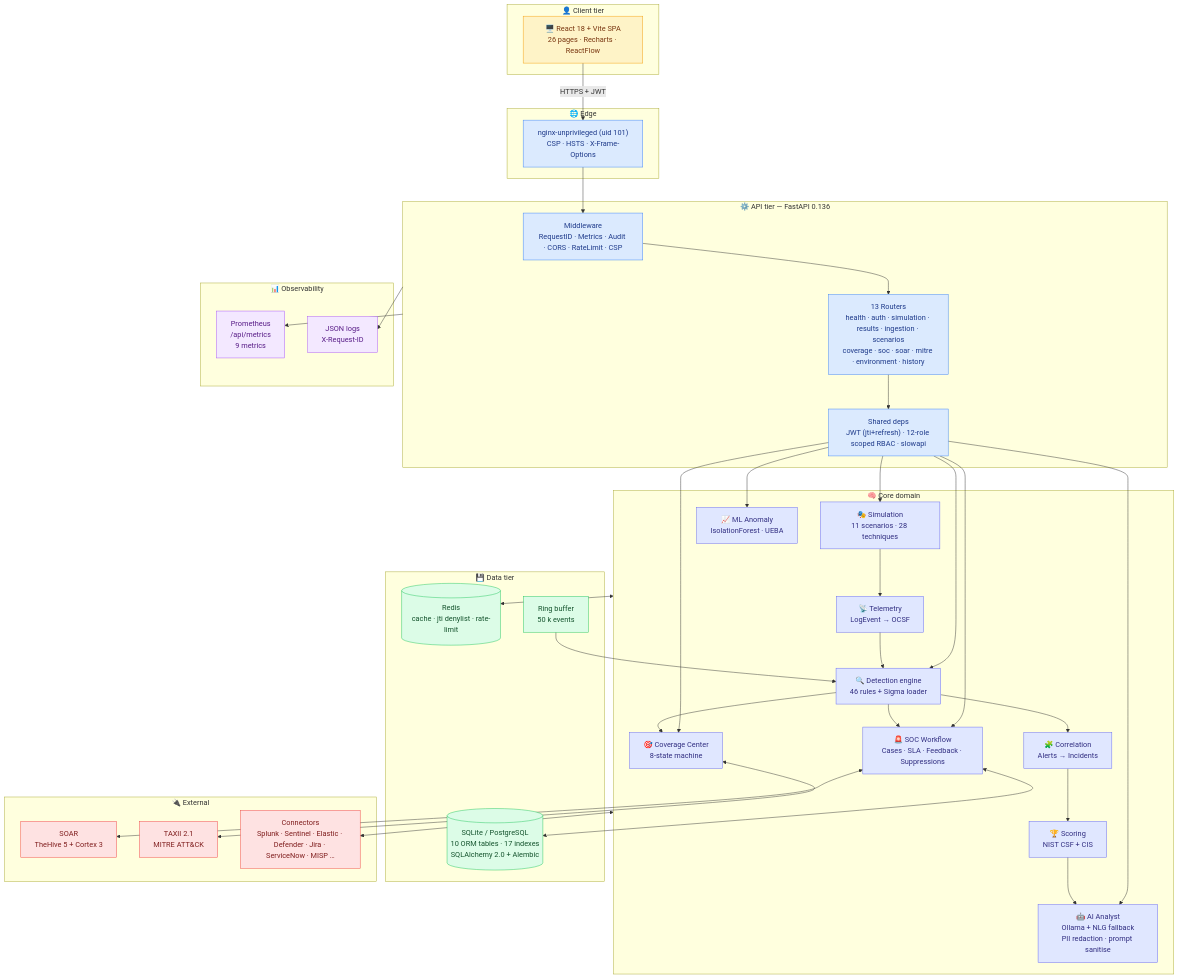
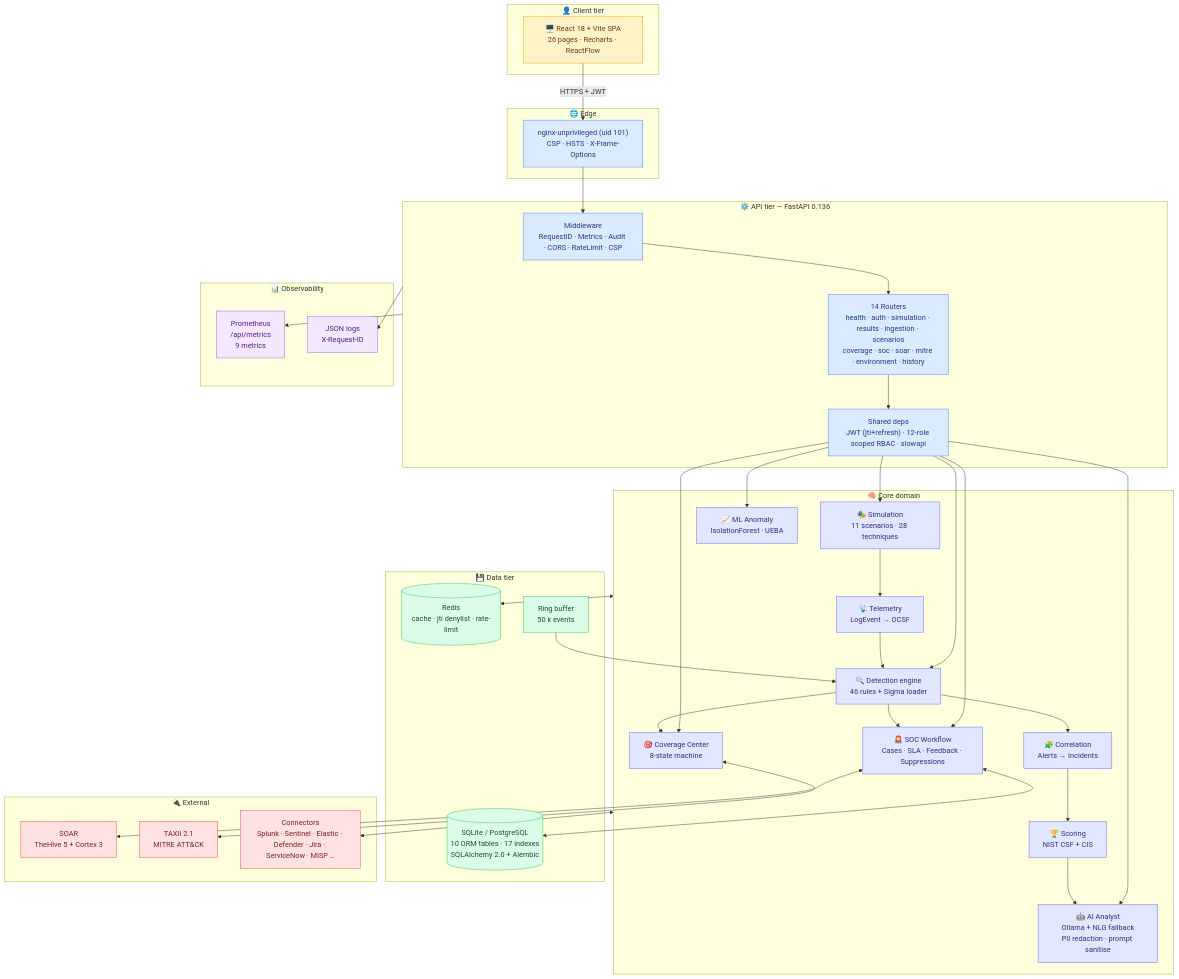
Before and after one commit to omarbabba779xx/CyberTwin-SOC: the fourth of 19 diagrams in README.md, drawn with Mermaid. The commit also changed other lines of this file and 1 other file, not shown here.

````diff
--- a/README.md
+++ b/README.md
@@ -266,72 +275,72 @@
 ```mermaid
 flowchart TB
     subgraph Client["👤 Client tier"]
         UI["🖥️ React 18 + Vite SPA<br/>26 pages · Recharts · ReactFlow"]
     end
 
     subgraph Edge["🌐 Edge"]
         NX["nginx-unprivileged (uid 101)<br/>CSP · HSTS · X-Frame-Options"]
     end
 
     subgraph API["⚙️ API tier — FastAPI 0.136"]
         MW["Middleware<br/>RequestID · Metrics · Audit · CORS · RateLimit · CSP"]
-        ROUT["13 Routers<br/>health · auth · simulation · results · ingestion · scenarios<br/>coverage · soc · soar · mitre · environment · history"]
+        ROUT["14 Routers<br/>health · auth · simulation · results · ingestion · scenarios<br/>coverage · soc · soar · mitre · environment · history"]
         DEPS["Shared deps<br/>JWT (jti+refresh) · 12-role scoped RBAC · slowapi"]
     end
 
     subgraph Core["🧠 Core domain"]
         SIM["🎭 Simulation<br/>11 scenarios · 28 techniques"]
         TEL["📡 Telemetry<br/>LogEvent → OCSF"]
         DET["🔍 Detection engine<br/>46 rules + Sigma loader"]
         COR["🧩 Correlation<br/>Alerts → Incidents"]
         SCO["🏆 Scoring<br/>NIST CSF + CIS"]
         AI["🤖 AI Analyst<br/>Ollama + NLG fallback<br/>PII redaction · prompt sanitise"]
         ANO["📈 ML Anomaly<br/>IsolationForest · UEBA"]
         SOC["🚨 SOC Workflow<br/>Cases · SLA · Feedback · Suppressions"]
         COV["🎯 Coverage Center<br/>8-state machine"]
     end
 
     subgraph Data["💾 Data tier"]
         DB[("SQLite / PostgreSQL<br/>10 ORM tables · 17 indexes<br/>SQLAlchemy 2.0 + Alembic")]
         REDIS[("Redis<br/>cache · jti denylist · rate-limit")]
         BUF["Ring buffer<br/>50 k events"]
     end
 
     subgraph Obs["📊 Observability"]
         PROM["Prometheus<br/>/api/metrics<br/>9 metrics"]
         LOG["JSON logs<br/>X-Request-ID"]
     end
 
     subgraph Ext["🔌 External"]
         SOAR["SOAR<br/>TheHive 5 + Cortex 3"]
         TAXII["TAXII 2.1<br/>MITRE ATT&CK"]
         CONN["Connectors<br/>Splunk · Sentinel · Elastic · Defender · Jira · ServiceNow · MISP …"]
     end
 
     UI -->|HTTPS + JWT| NX --> MW --> ROUT --> DEPS
     DEPS --> SIM & DET & SOC & COV & AI & ANO
     SIM --> TEL --> DET --> COR --> SCO --> AI
     DET --> SOC
     BUF --> DET
     SOC <--> DB
     DET --> COV
     Core <--> REDIS
     API --> PROM & LOG
     SOC <--> SOAR
     COV <--> TAXII
     Core <--> CONN
 
     classDef client fill:#fef3c7,stroke:#f59e0b,color:#78350f
     classDef api fill:#dbeafe,stroke:#3b82f6,color:#1e3a8a
     classDef core fill:#e0e7ff,stroke:#6366f1,color:#312e81
     classDef data fill:#dcfce7,stroke:#22c55e,color:#14532d
     classDef obs fill:#f3e8ff,stroke:#a855f7,color:#581c87
     classDef ext fill:#fee2e2,stroke:#ef4444,color:#7f1d1d
 
     class UI client
     class NX,MW,ROUT,DEPS api
     class SIM,TEL,DET,COR,SCO,AI,ANO,SOC,COV core
     class DB,REDIS,BUF data
     class PROM,LOG obs
     class SOAR,TAXII,CONN ext
 ```
````
